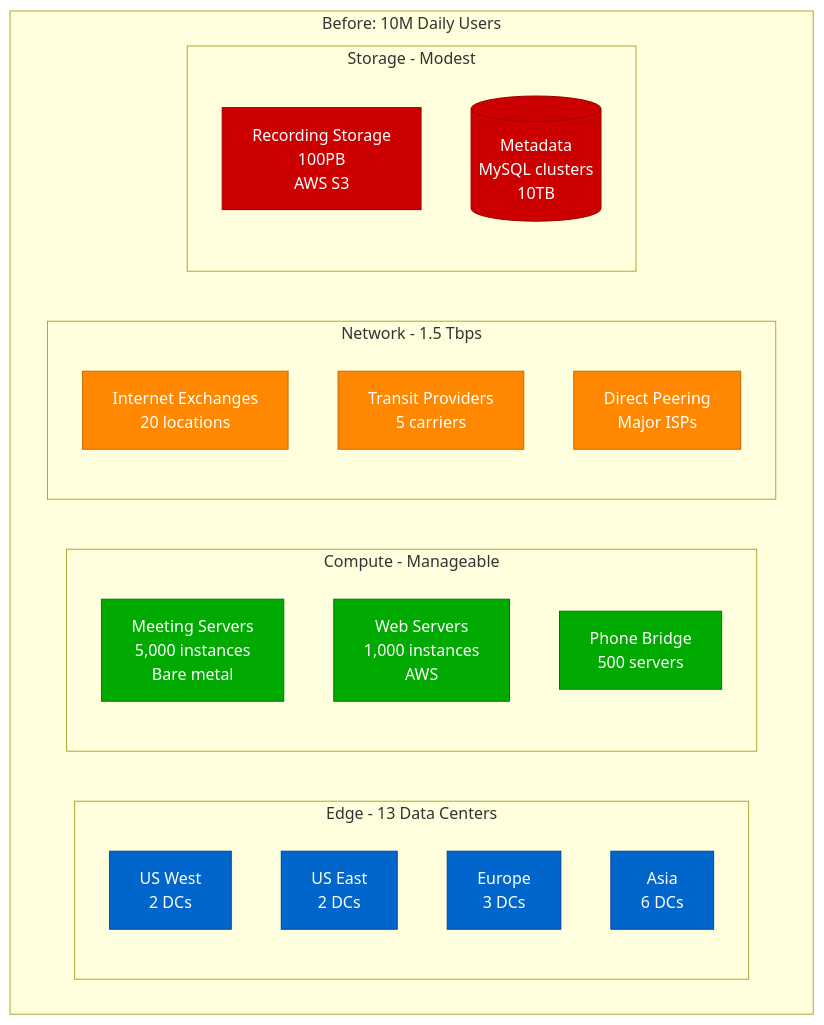
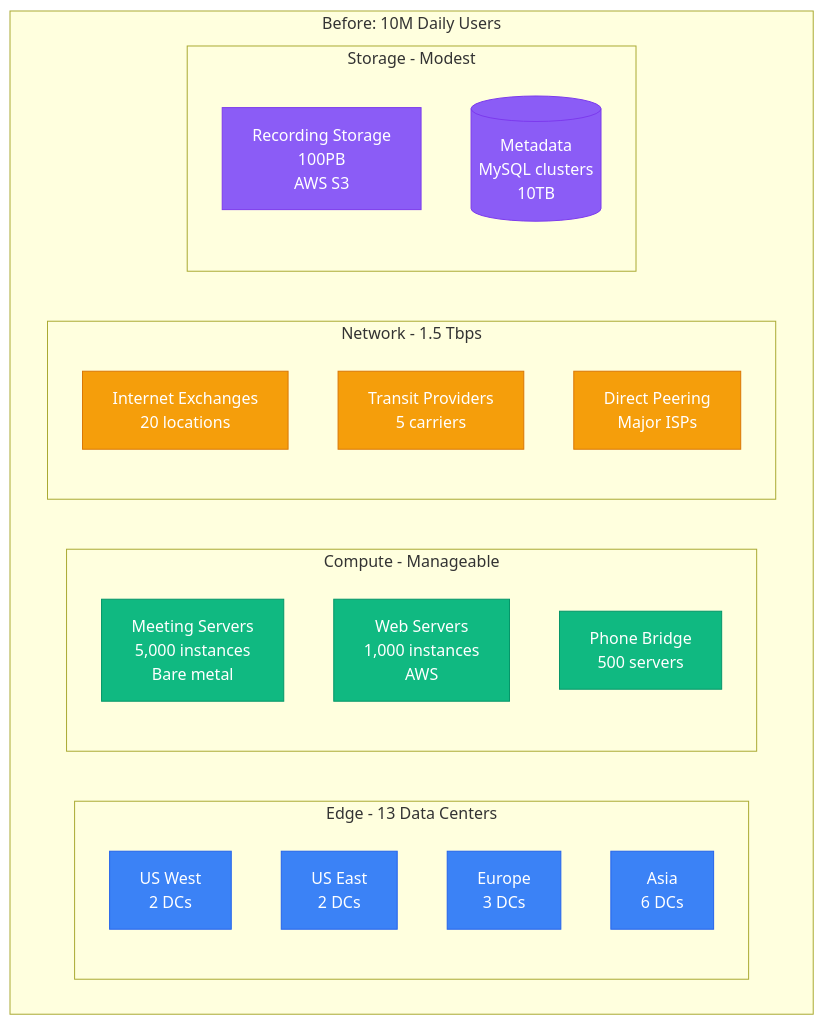
One commit to deepaucksharma/DS changed the second of 9 diagrams in site/docs/capacity/zoom-covid-explosion.md. Above: the diagram before and after it, drawn with Mermaid. The commit also changed other lines of this file and 303 other files, not shown here.

````diff
--- a/site/docs/capacity/zoom-covid-explosion.md
+++ b/site/docs/capacity/zoom-covid-explosion.md
@@ -36,39 +36,39 @@
 ```mermaid
 graph TB
     subgraph PreCovid[Before: 10M Daily Users]
         subgraph EdgePre[Edge - 13 Data Centers]
             DC1[US West<br/>2 DCs]
             DC2[US East<br/>2 DCs]
             DC3[Europe<br/>3 DCs]
             DC4[Asia<br/>6 DCs]
         end
 
         subgraph ComputePre[Compute - Manageable]
             MMR[Meeting Servers<br/>5,000 instances<br/>Bare metal]
             WEB[Web Servers<br/>1,000 instances<br/>AWS]
             PHONE[Phone Bridge<br/>500 servers]
         end
 
         subgraph NetworkPre[Network - 1.5 Tbps]
             IX[Internet Exchanges<br/>20 locations]
             TRANSIT[Transit Providers<br/>5 carriers]
             PEERING[Direct Peering<br/>Major ISPs]
         end
 
         subgraph StoragePre[Storage - Modest]
             REC[Recording Storage<br/>100PB<br/>AWS S3]
             META[(Metadata<br/>MySQL clusters<br/>10TB)]
         end
     end
 
     %% Apply colors
-    classDef edgeStyle fill:#0066CC,stroke:#004499,color:#fff
-    classDef computeStyle fill:#00AA00,stroke:#007700,color:#fff
-    classDef networkStyle fill:#FF8800,stroke:#CC6600,color:#fff
-    classDef storageStyle fill:#CC0000,stroke:#990000,color:#fff
+    classDef edgeStyle fill:#3B82F6,stroke:#2563EB,color:#fff
+    classDef computeStyle fill:#10B981,stroke:#059669,color:#fff
+    classDef networkStyle fill:#F59E0B,stroke:#D97706,color:#fff
+    classDef storageStyle fill:#8B5CF6,stroke:#7C3AED,color:#fff
 
     class DC1,DC2,DC3,DC4 edgeStyle
     class MMR,WEB,PHONE computeStyle
     class IX,TRANSIT,PEERING networkStyle
     class REC,META storageStyle
 ```
````
